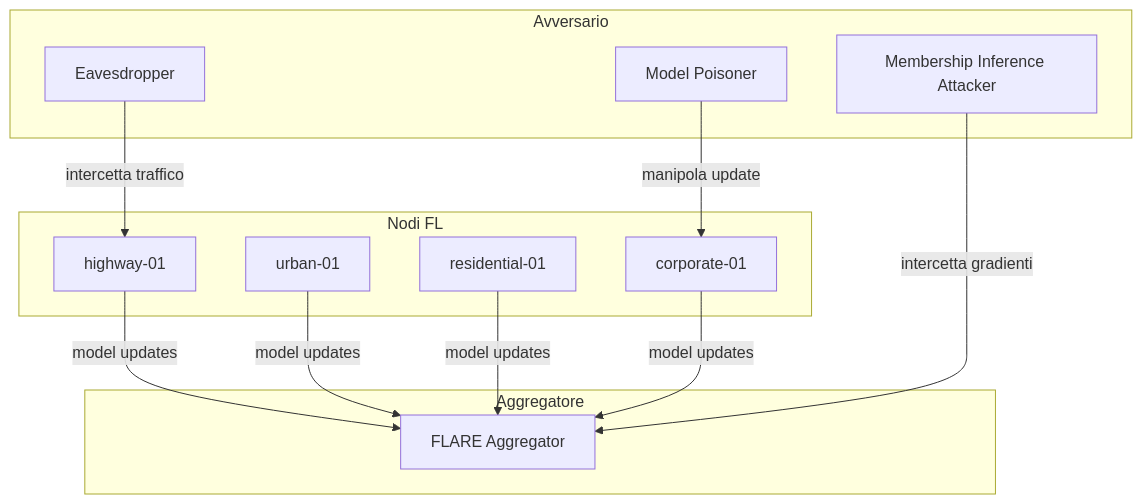
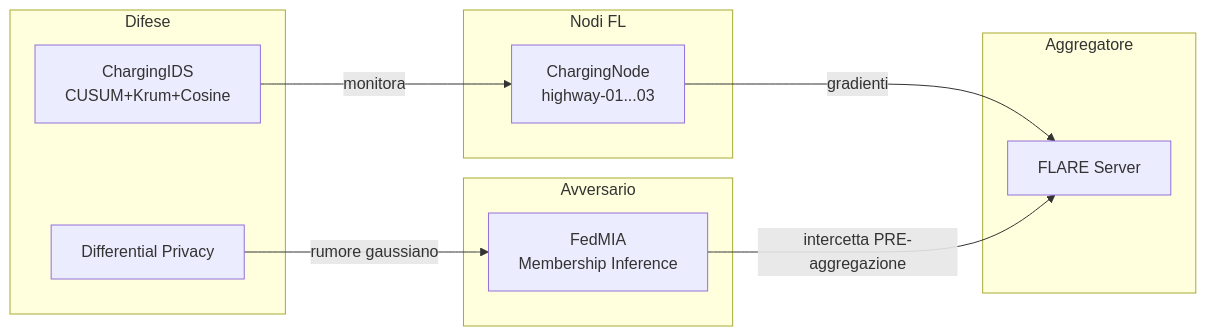
Before and after one commit to susetta85/ChargeShield-FL: the third of 3 diagrams in docs/ThreatModel.md, drawn with Mermaid. The commit also changed other lines of this file and 4 other files, not shown here.

Commit message:
docs: ThreatModel e PrivacyAuditor riscritti con focus MIA, IDS.md, ProtocolAdapters.md, CaseStudies.md

````diff
--- a/docs/ThreatModel.md
+++ b/docs/ThreatModel.md
@@ -20,24 +185,24 @@
 ```mermaid
-graph TD
+graph LR
     subgraph Nodi FL
-        N1[highway-01]
-        N2[urban-01]
-        N3[residential-01]
-        N4[corporate-01]
+        N[ChargingNode\nhighway-01...03]
     end
 
     subgraph Aggregatore
-        AGG[FLARE Aggregator]
+        AGG[FLARE Server]
     end
 
     subgraph Avversario
-        MIA[Membership Inference Attacker]
-        POI[Model Poisoner]
-        EVE[Eavesdropper]
+        MIA[FedMIA\nMembership Inference]
     end
 
-    N1 & N2 & N3 & N4 -->|model updates| AGG
-    MIA -->|intercetta gradienti| AGG
-    POI -->|manipola update| N4
-    EVE -->|intercetta traffico| N1
+    subgraph Difese
+        DP[Differential Privacy]
+        IDS[ChargingIDS\nCUSUM+Krum+Cosine]
+    end
+
+    N -->|gradienti| AGG
+    MIA -->|intercetta PRE-aggregazione| AGG
+    DP -->|rumore gaussiano| MIA
+    IDS -->|monitora| N
 ```
````
